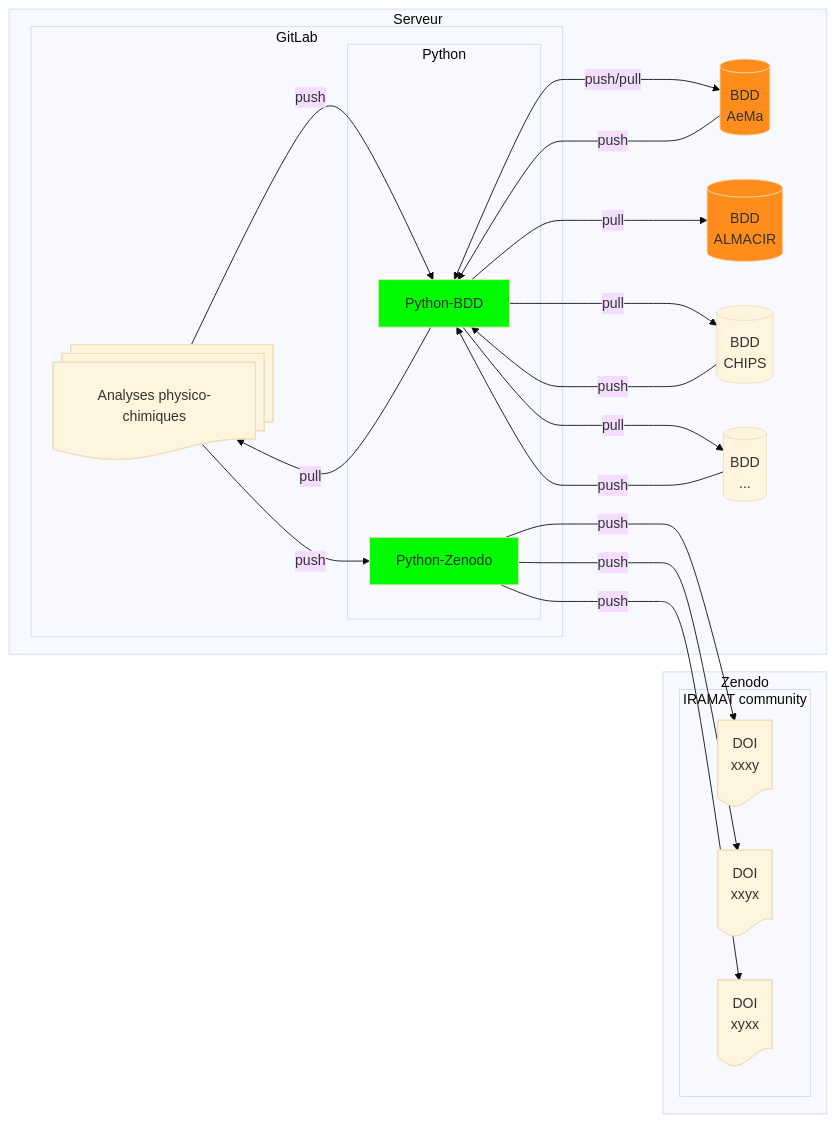
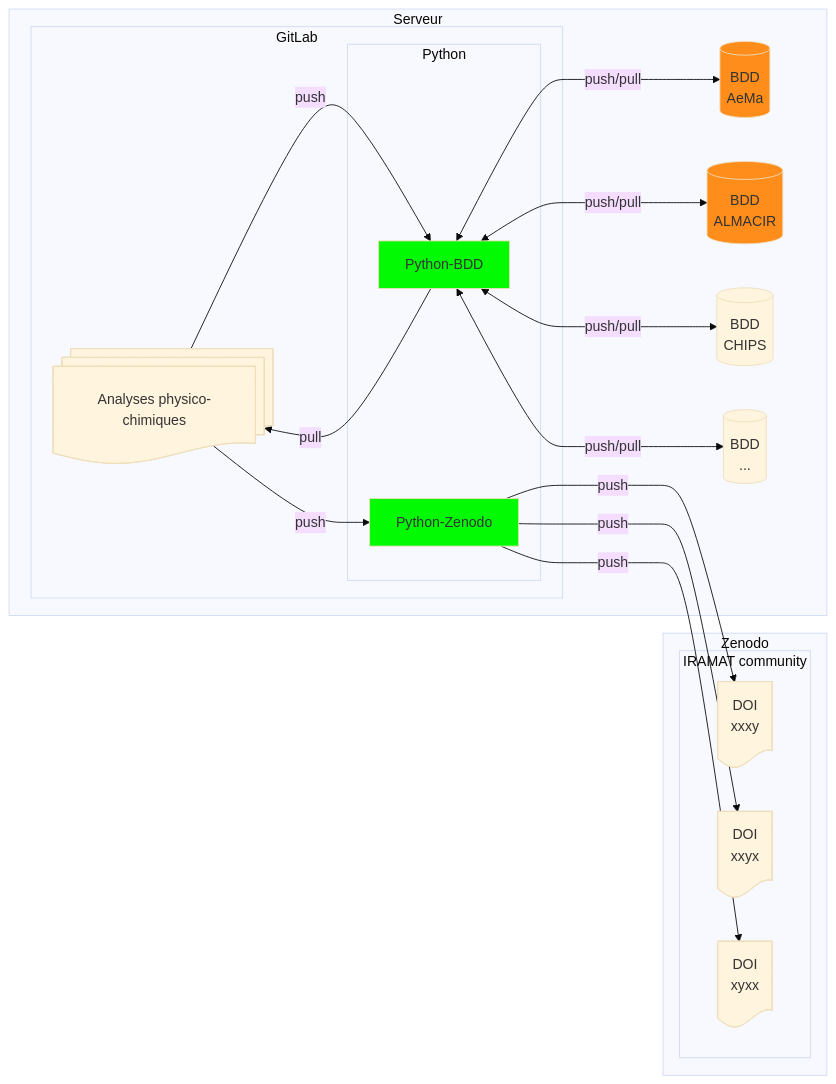
Before and after one commit to iramat/iramat-dev: the diagram in dbs/README.md, drawn with Mermaid (base theme). The commit also changed other lines of this file, not shown here.

````diff
--- a/dbs/README.md
+++ b/dbs/README.md
@@ -5,35 +5,32 @@
 ```mermaid
 flowchart LR
 subgraph Serveur
     subgraph GitLab
         A@{ shape: docs, label: "Analyses physico-chimiques" }
         subgraph Python
             Z@{ procs: docs, label: "Python-BDD" }
             ZZ@{ procs: docs, label: "Python-Zenodo" }
         end
     end
     Z -- pull --> A;
     A -- push --> Z;
     A -- push --> ZZ;
     Z <-- push/pull --> B[(BDD<br>AeMa)];
-    Z -- pull --> H[(BDD<br>ALMACIR)];
-    Z -- pull --> C[(BDD<br>CHIPS)];
-    Z -- pull --> D[(BDD<br>...)];
-    B -- push --> Z;
-    C -- push --> Z;
-    D -- push --> Z;
+    Z <-- push/pull --> H[(BDD<br>ALMACIR)];
+    Z <-- push/pull --> C[(BDD<br>CHIPS)];
+    Z <-- push/pull --> D[(BDD<br>...)];
 end
 subgraph Zenodo
     subgraph IRAMAT community
         ZZ -- push --> E@{ shape: doc, label: "DOI<br>xxxy" }
         ZZ -- push --> F@{ shape: doc, label: "DOI<br>xxyx" }
         ZZ -- push --> G@{ shape: doc, label: "DOI<br>xyxx" }
     end
 end
 
 click A "https://github.com/zoometh/iramat-test/blob/main/dbs/analysis_results.tsv" _blank
 style Z fill:#02fa02
 style ZZ fill:#02fa02
 style B fill:#FF8D1B
 style H fill:#FF8D1B
 ```
````
